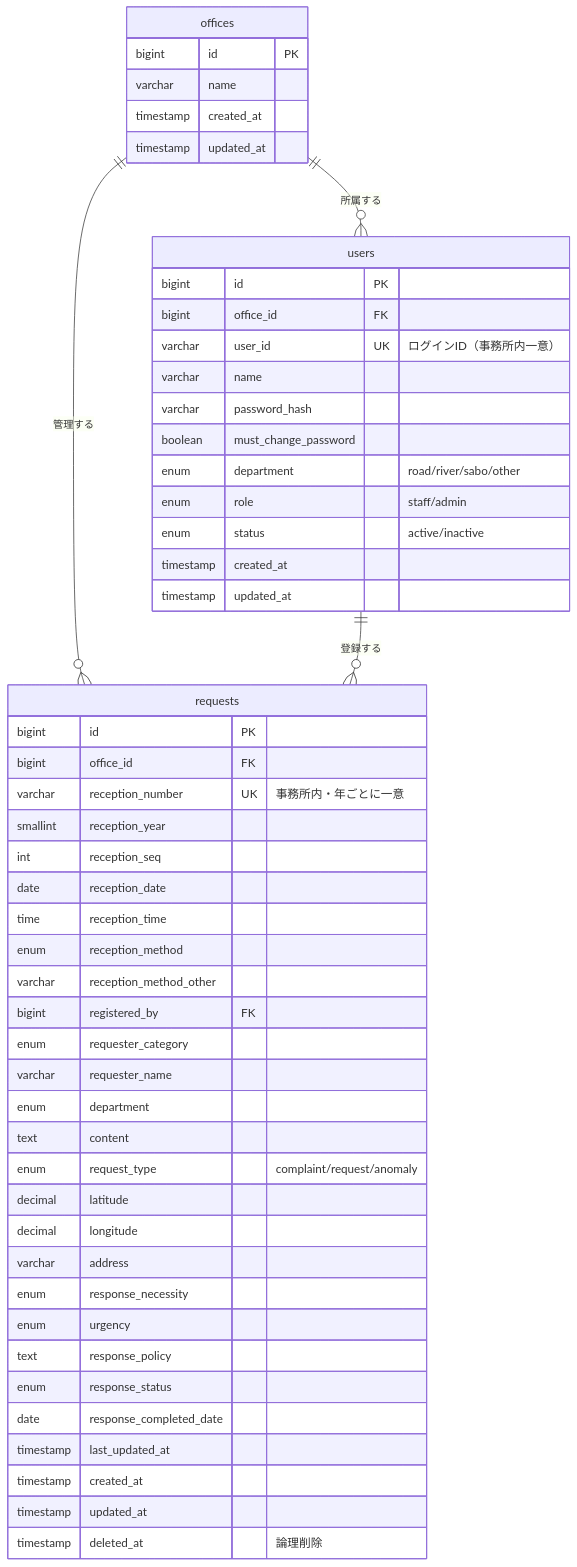
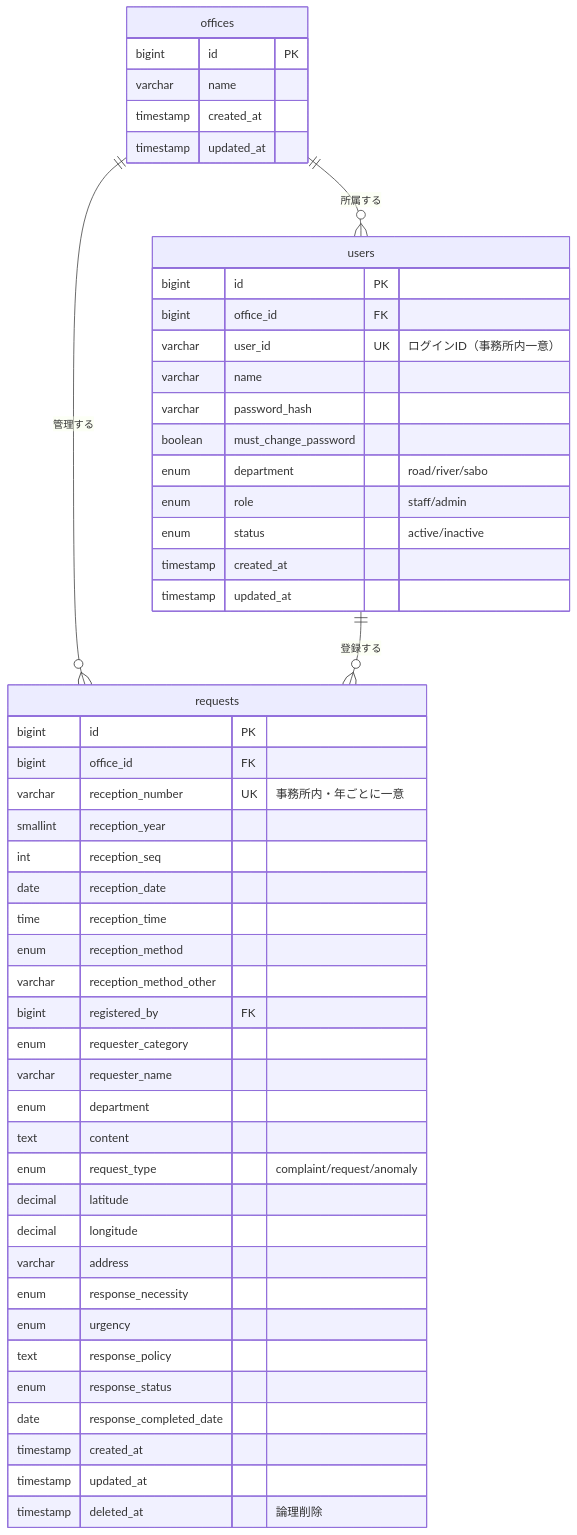
The diagram in docs/database-design.md (tomo-taka108/Civil-Request-Management), drawn with Mermaid before and after one commit. The commit also changed other lines of this file and 6 other files, not shown here.

````diff
--- a/docs/database-design.md
+++ b/docs/database-design.md
@@ -16,57 +17,56 @@
 ```mermaid
 erDiagram
     offices ||--o{ users : "所属する"
     offices ||--o{ requests : "管理する"
     users ||--o{ requests : "登録する"
 
     offices {
         bigint id PK
         varchar name
         timestamp created_at
         timestamp updated_at
     }
 
     users {
         bigint id PK
         bigint office_id FK
         varchar user_id UK "ログインID（事務所内一意）"
         varchar name
         varchar password_hash
         boolean must_change_password
-        enum department "road/river/sabo/other"
+        enum department "road/river/sabo"
         enum role "staff/admin"
         enum status "active/inactive"
         timestamp created_at
         timestamp updated_at
     }
 
     requests {
         bigint id PK
         bigint office_id FK
         varchar reception_number UK "事務所内・年ごとに一意"
         smallint reception_year
         int reception_seq
         date reception_date
         time reception_time
         enum reception_method
         varchar reception_method_other
         bigint registered_by FK
         enum requester_category
         varchar requester_name
         enum department
         text content
         enum request_type "complaint/request/anomaly"
         decimal latitude
         decimal longitude
         varchar address
         enum response_necessity
         enum urgency
         text response_policy
         enum response_status
         date response_completed_date
-        timestamp last_updated_at
         timestamp created_at
         timestamp updated_at
         timestamp deleted_at "論理削除"
     }
 ```
````
